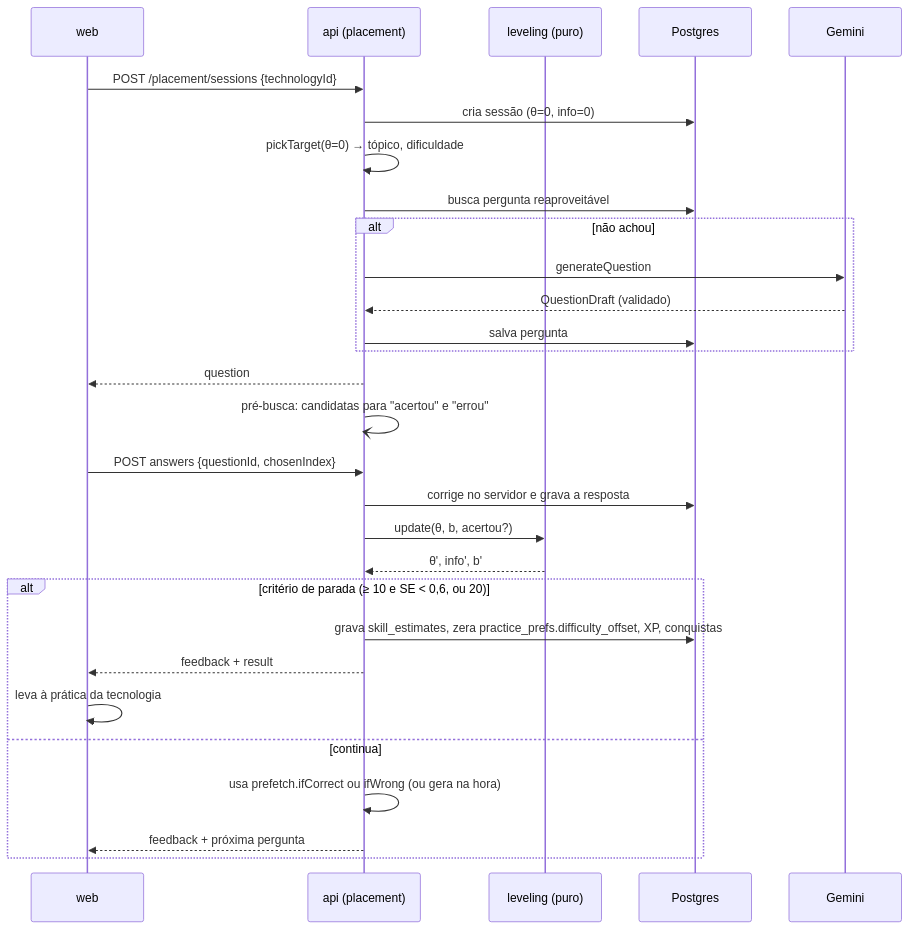
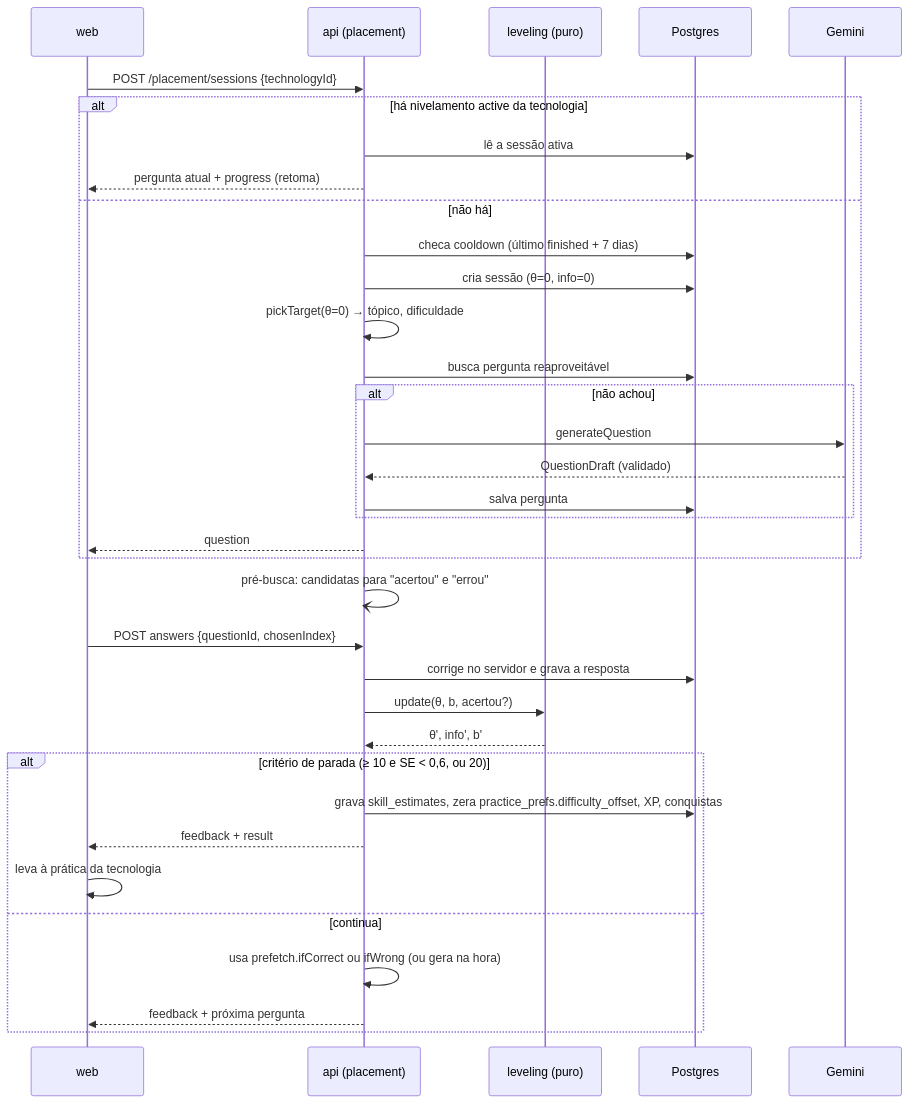
Before and after one commit to enyllson-costa/skillquest: the second of 3 diagrams in docs/ARCHITECTURE.md, drawn with Mermaid. The commit also changed other lines of this file and 3 other files, not shown here.

````diff
--- a/docs/ARCHITECTURE.md
+++ b/docs/ARCHITECTURE.md
@@ -352,32 +403,38 @@
 ```mermaid
 sequenceDiagram
   participant W as web
   participant A as api (placement)
   participant L as leveling (puro)
   participant D as Postgres
   participant G as Gemini
 
   W->>A: POST /placement/sessions {technologyId}
-  A->>D: cria sessão (θ=0, info=0)
-  A->>A: pickTarget(θ=0) → tópico, dificuldade
-  A->>D: busca pergunta reaproveitável
-  alt não achou
-    A->>G: generateQuestion
-    G-->>A: QuestionDraft (validado)
-    A->>D: salva pergunta
+  alt há nivelamento active da tecnologia
+    A->>D: lê a sessão ativa
+    A-->>W: pergunta atual + progress (retoma)
+  else não há
+    A->>D: checa cooldown (último finished + 7 dias)
+    A->>D: cria sessão (θ=0, info=0)
+    A->>A: pickTarget(θ=0) → tópico, dificuldade
+    A->>D: busca pergunta reaproveitável
+    alt não achou
+      A->>G: generateQuestion
+      G-->>A: QuestionDraft (validado)
+      A->>D: salva pergunta
+    end
+    A-->>W: question
   end
-  A-->>W: question
   A-)A: pré-busca: candidatas para "acertou" e "errou"
   W->>A: POST answers {questionId, chosenIndex}
   A->>D: corrige no servidor e grava a resposta
   A->>L: update(θ, b, acertou?)
   L-->>A: θ', info', b'
   alt critério de parada (≥ 10 e SE < 0,6, ou 20)
     A->>D: grava skill_estimates, zera practice_prefs.difficulty_offset, XP, conquistas
     A-->>W: feedback + result
     W->>W: leva à prática da tecnologia
   else continua
     A->>A: usa prefetch.ifCorrect ou ifWrong (ou gera na hora)
     A-->>W: feedback + próxima pergunta
   end
 ```
````
